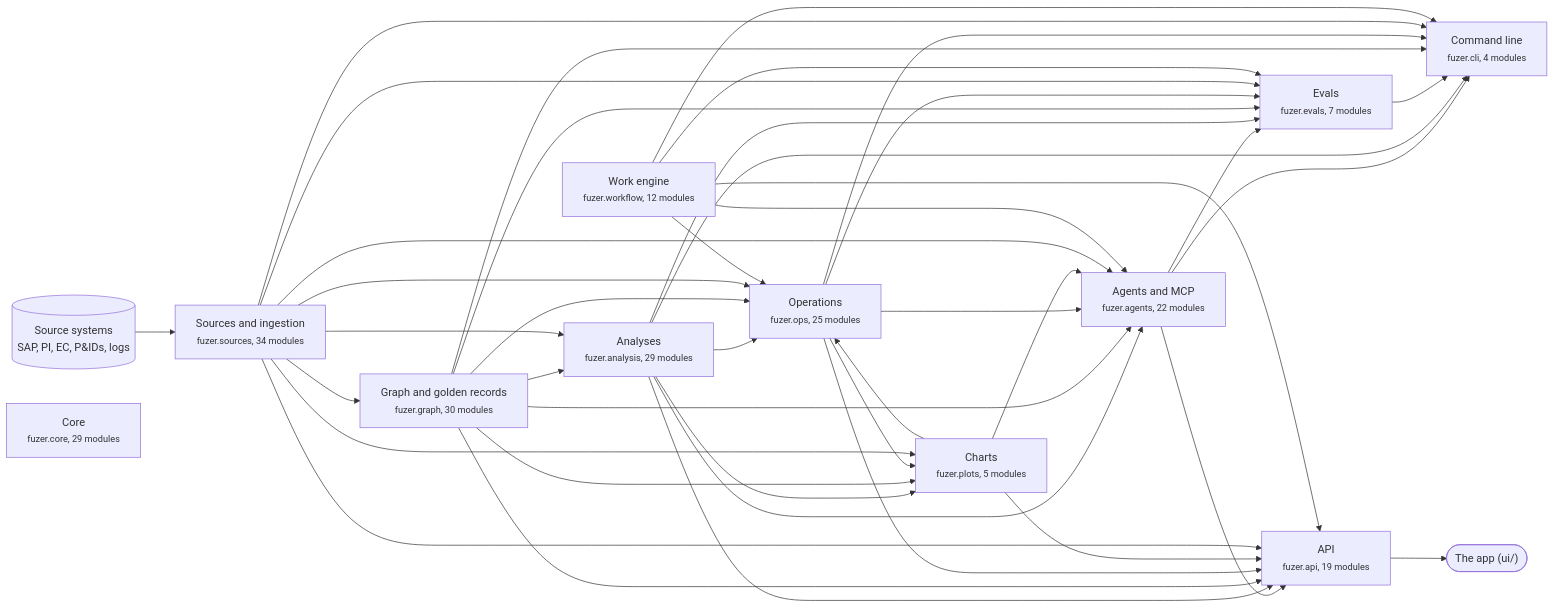
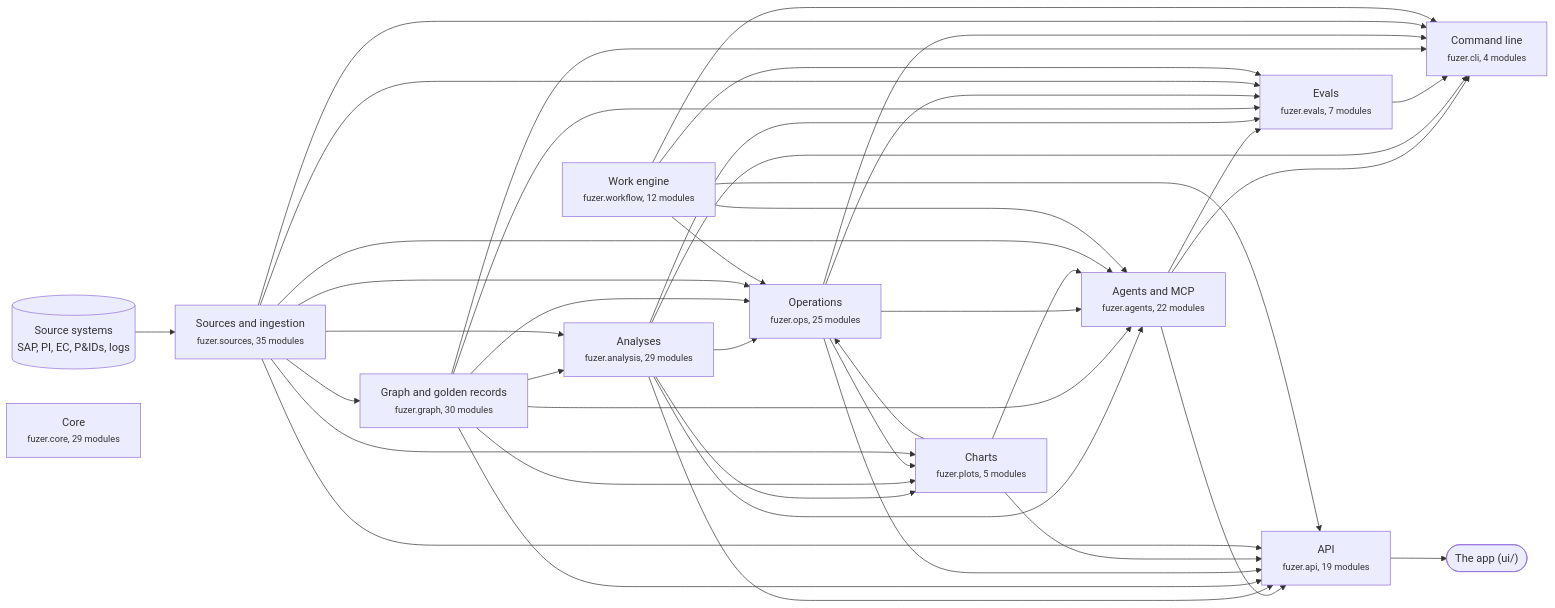
The first of 3 diagrams in docs/architecture.md (areed145/fuzer), drawn with Mermaid before and after one commit. The commit also changed other lines of this file and 16 other files, not shown here.

````diff
--- a/docs/architecture.md
+++ b/docs/architecture.md
@@ -8,66 +8,66 @@
 ```mermaid
 flowchart LR
   systems[("Source systems<br>SAP, PI, EC, P&IDs, logs")] --> c_sources
   app(["The app (ui/)"])
   c_api --> app
-  c_sources["Sources and ingestion<br><small>fuzer.sources, 34 modules</small>"]
+  c_sources["Sources and ingestion<br><small>fuzer.sources, 35 modules</small>"]
   c_graph["Graph and golden records<br><small>fuzer.graph, 30 modules</small>"]
   c_analysis["Analyses<br><small>fuzer.analysis, 29 modules</small>"]
   c_ops["Operations<br><small>fuzer.ops, 25 modules</small>"]
   c_plots["Charts<br><small>fuzer.plots, 5 modules</small>"]
   c_workflow["Work engine<br><small>fuzer.workflow, 12 modules</small>"]
   c_agents["Agents and MCP<br><small>fuzer.agents, 22 modules</small>"]
   c_evals["Evals<br><small>fuzer.evals, 7 modules</small>"]
   c_api["API<br><small>fuzer.api, 19 modules</small>"]
   c_cli["Command line<br><small>fuzer.cli, 4 modules</small>"]
   c_core["Core<br><small>fuzer.core, 29 modules</small>"]
   c_sources --> c_graph
   c_graph --> c_analysis
   c_sources --> c_analysis
   c_analysis --> c_ops
   c_graph --> c_ops
   c_plots --> c_ops
   c_sources --> c_ops
   c_workflow --> c_ops
   c_analysis --> c_plots
   c_graph --> c_plots
   c_ops --> c_plots
   c_sources --> c_plots
   c_analysis --> c_agents
   c_graph --> c_agents
   c_ops --> c_agents
   c_plots --> c_agents
   c_sources --> c_agents
   c_workflow --> c_agents
   c_agents --> c_evals
   c_analysis --> c_evals
   c_graph --> c_evals
   c_ops --> c_evals
   c_sources --> c_evals
   c_workflow --> c_evals
   c_agents --> c_api
   c_analysis --> c_api
   c_graph --> c_api
   c_ops --> c_api
   c_plots --> c_api
   c_sources --> c_api
   c_workflow --> c_api
   c_agents --> c_cli
   c_analysis --> c_cli
   c_evals --> c_cli
   c_graph --> c_cli
   c_ops --> c_cli
   c_sources --> c_cli
   c_workflow --> c_cli
   click c_sources "https://github.com/areed145/fuzer/tree/main/src/fuzer/sources"
   click c_graph "https://github.com/areed145/fuzer/tree/main/src/fuzer/graph"
   click c_analysis "https://github.com/areed145/fuzer/tree/main/src/fuzer/analysis"
   click c_ops "https://github.com/areed145/fuzer/tree/main/src/fuzer/ops"
   click c_plots "https://github.com/areed145/fuzer/tree/main/src/fuzer/plots"
   click c_workflow "https://github.com/areed145/fuzer/tree/main/src/fuzer/workflow"
   click c_agents "https://github.com/areed145/fuzer/tree/main/src/fuzer/agents"
   click c_evals "https://github.com/areed145/fuzer/tree/main/src/fuzer/evals"
   click c_api "https://github.com/areed145/fuzer/tree/main/src/fuzer/api"
   click c_cli "https://github.com/areed145/fuzer/tree/main/src/fuzer/cli"
   click c_core "https://github.com/areed145/fuzer/tree/main/src/fuzer/core"
 ```
````
